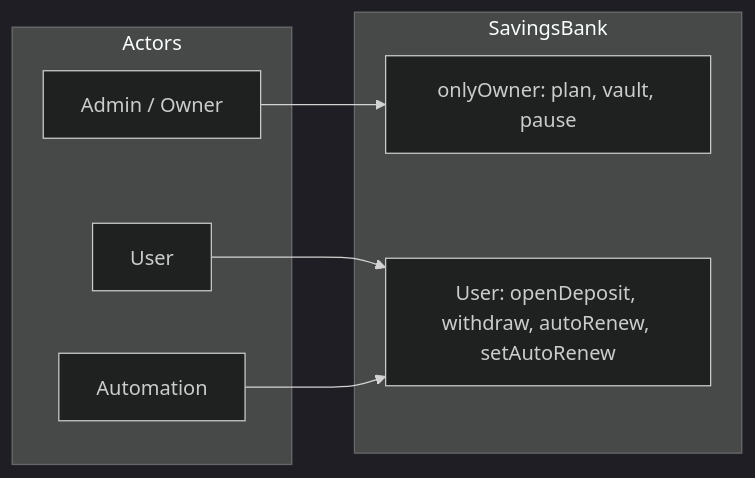
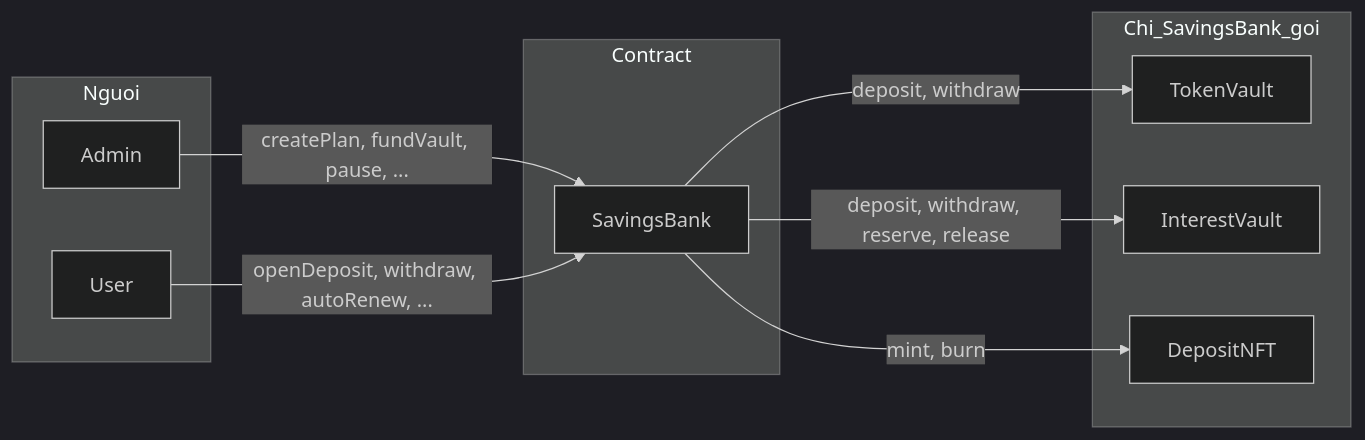
The second of 2 diagrams in docs/ARCHITECTURE.md (ngochuy-hya/capstone-defi-savings-protocol), drawn with Mermaid (dark theme) before and after one commit. The commit also changed other lines of this file and 12 other files, not shown here.

````diff
--- a/docs/ARCHITECTURE.md
+++ b/docs/ARCHITECTURE.md
@@ -329,17 +348,23 @@
 ```mermaid
 flowchart LR
-    subgraph Actors
-        Admin[Admin / Owner]
+    subgraph Nguoi
+        Admin[Admin]
         User[User]
-        Automation[Automation]
     end
 
-    subgraph SavingsBank
-        OwnerOnly[onlyOwner: plan, vault, pause]
-        UserOps[User: openDeposit, withdraw, autoRenew, setAutoRenew]
+    subgraph Contract
+        SB[SavingsBank]
     end
 
-    Admin --> OwnerOnly
-    User --> UserOps
-    Automation --> UserOps
+    subgraph Chi_SavingsBank_goi
+        TV[TokenVault]
+        IV[InterestVault]
+        NFT[DepositNFT]
+    end
+
+    Admin -->|createPlan, fundVault, pause, ...| SB
+    User -->|openDeposit, withdraw, autoRenew, ...| SB
+    SB -->|deposit, withdraw| TV
+    SB -->|deposit, withdraw, reserve, release| IV
+    SB -->|mint, burn| NFT
 ```
````
